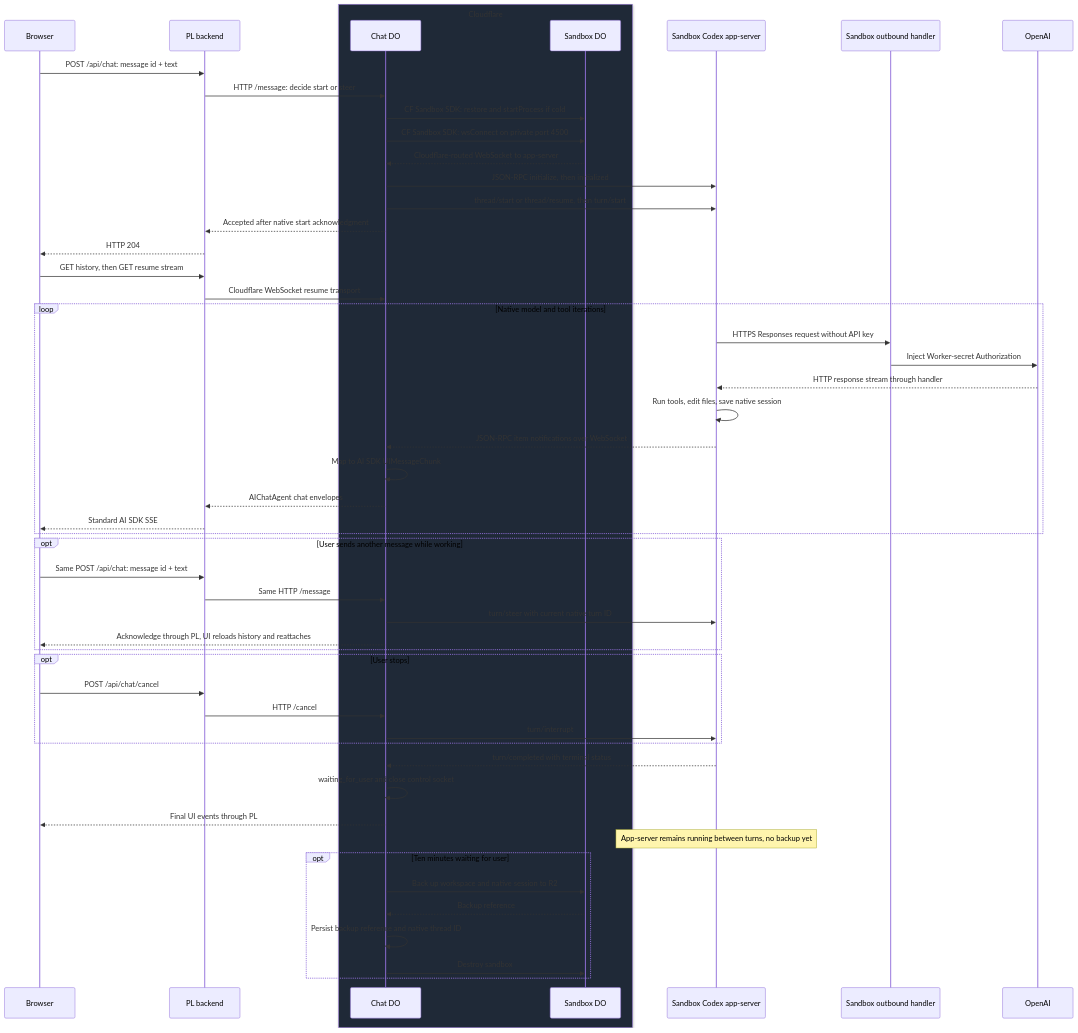
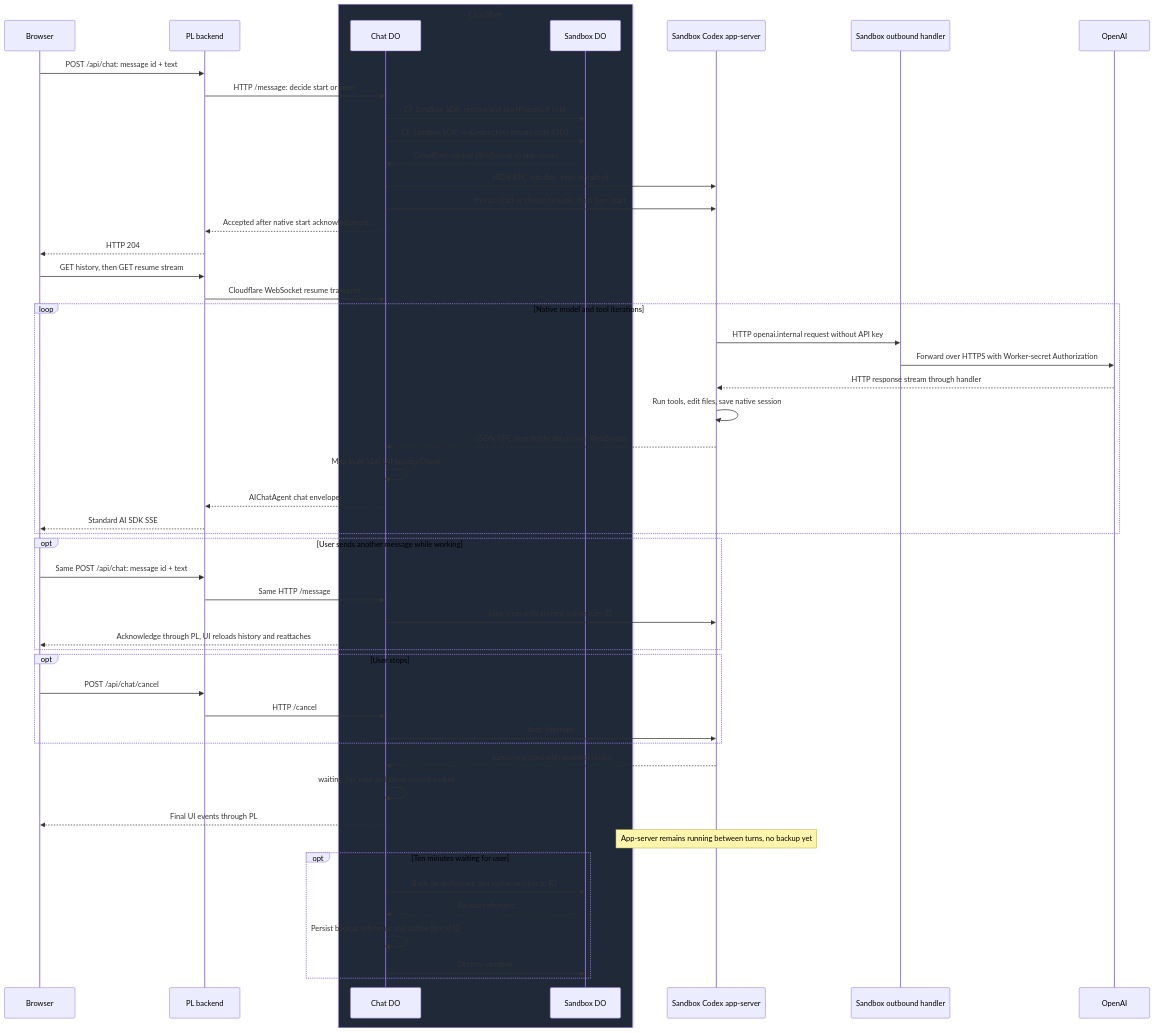
Before and after one commit to miguelaenlle/cloudflare-agents-sdk-test: the second of 3 diagrams in docs/architecture.md, drawn with Mermaid. The commit also changed other lines of this file and 3 other files, not shown here.

````diff
--- a/docs/architecture.md
+++ b/docs/architecture.md
@@ -72,55 +72,55 @@
 ```mermaid
 sequenceDiagram
     participant UI as Browser
     participant PL as PL backend
     box rgb(31,41,55) Cloudflare
         participant Chat as Chat DO
         participant Sandbox as Sandbox DO
     end
     participant Codex as Sandbox Codex app-server
     participant Auth as Sandbox outbound handler
     participant Model as OpenAI
 
     UI->>PL: POST /api/chat: message id + text
     PL->>Chat: HTTP /message: decide start or steer
     Chat->>Sandbox: CF Sandbox SDK: restore and startProcess if cold
     Chat->>Sandbox: CF Sandbox SDK: wsConnect on private port 4500
     Sandbox-->>Chat: Cloudflare-routed WebSocket to app-server
     Chat->>Codex: JSON-RPC initialize, then initialized
     Chat->>Codex: thread/start or thread/resume, then turn/start
     Chat-->>PL: Accepted after native start acknowledgment
     PL-->>UI: HTTP 204
     UI->>PL: GET history, then GET resume stream
     PL->>Chat: Cloudflare WebSocket resume transport
     loop Native model and tool iterations
-        Codex->>Auth: HTTPS Responses request without API key
-        Auth->>Model: Inject Worker-secret Authorization
+        Codex->>Auth: HTTP openai.internal request without API key
+        Auth->>Model: Forward over HTTPS with Worker-secret Authorization
         Model-->>Codex: HTTP response stream through handler
         Codex->>Codex: Run tools, edit files, save native session
         Codex-->>Chat: JSON-RPC item notifications over WebSocket
         Chat->>Chat: Map to AI SDK UIMessageChunk
         Chat-->>PL: AIChatAgent chat envelopes
         PL-->>UI: Standard AI SDK SSE
     end
     opt User sends another message while working
         UI->>PL: Same POST /api/chat: message id + text
         PL->>Chat: Same HTTP /message
         Chat->>Codex: turn/steer with current native turn ID
         Chat-->>UI: Acknowledge through PL, UI reloads history and reattaches
     end
     opt User stops
         UI->>PL: POST /api/chat/cancel
         PL->>Chat: HTTP /cancel
         Chat->>Codex: turn/interrupt
     end
     Codex-->>Chat: turn/completed with terminal status
     Chat->>Chat: waiting_for_user and close control socket
     Chat-->>UI: Final UI events through PL
     Note over Codex: App-server remains running between turns, no backup yet
     opt Ten minutes waiting for user
         Chat->>Sandbox: Back up workspace and native session to R2
         Sandbox-->>Chat: Backup reference
         Chat->>Chat: Persist backup reference and native thread ID
         Chat->>Sandbox: Destroy sandbox
     end
 ```
````
